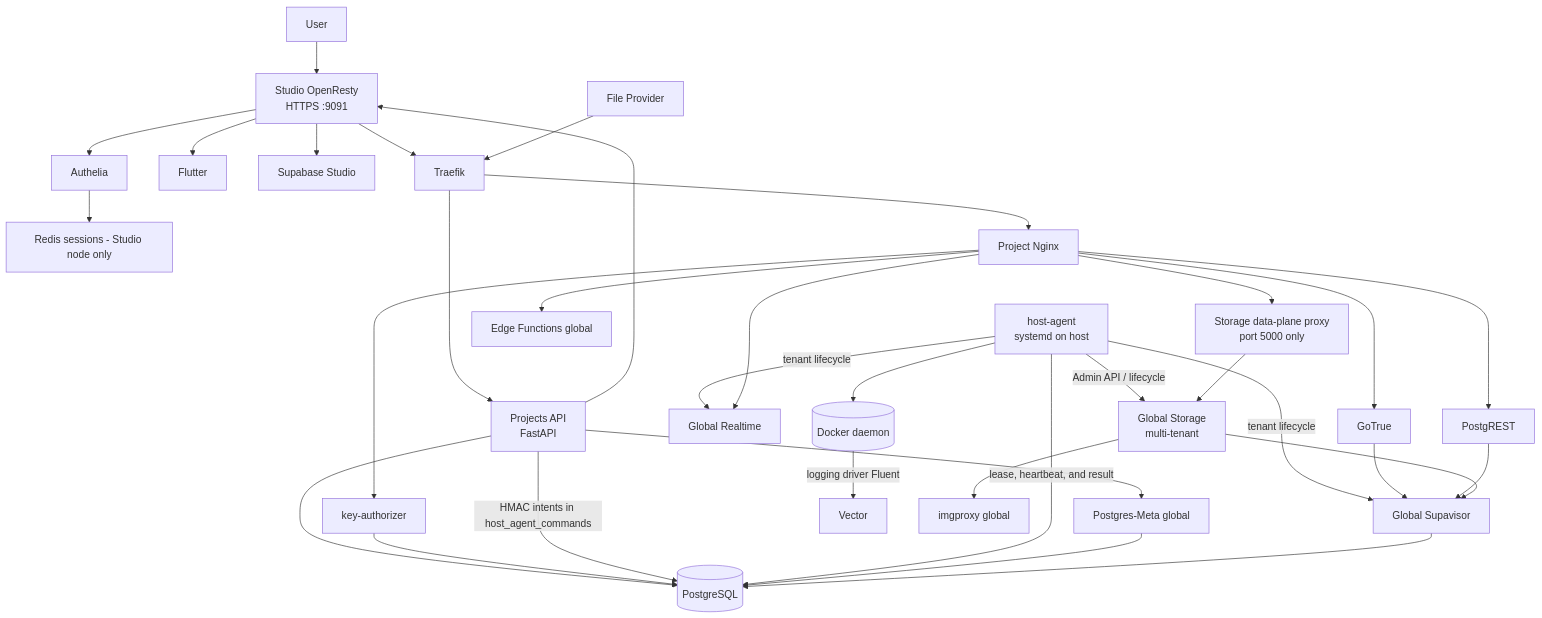
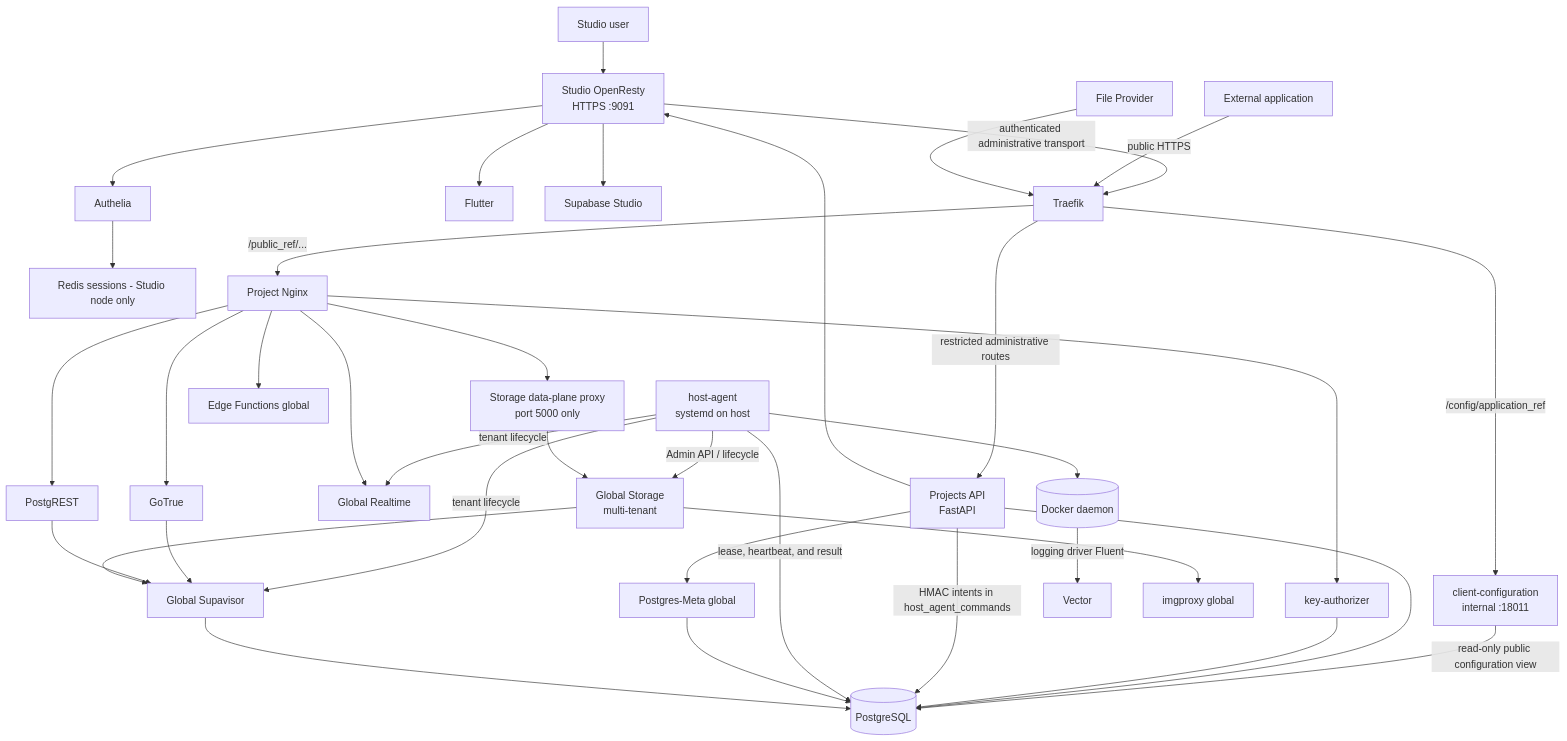
The diagram in docs/00-architecture.md (GustavoMartins123/supabase-multitenant), drawn with Mermaid before and after one commit. The commit also changed other lines of this file and 9 other files, not shown here.

First line of the commit message:
docs: update architecture and API key documentation with client configuration details

````diff
--- a/docs/00-architecture.md
+++ b/docs/00-architecture.md
@@ -15,44 +15,47 @@
 ```mermaid
 flowchart TB
-    User[User] --> StudioGateway[Studio OpenResty\nHTTPS :9091]
+    StudioUser[Studio user] --> StudioGateway[Studio OpenResty\nHTTPS :9091]
     StudioGateway --> Authelia[Authelia]
     Authelia --> Sessions[Redis sessions - Studio node only]
     StudioGateway --> Selector[Flutter]
     StudioGateway --> Studio[Supabase Studio]
 
-    StudioGateway --> Traefik[Traefik]
-    Traefik --> ProjectsAPI[Projects API\nFastAPI]
-    Traefik --> ProjectNginx[Project Nginx]
+    StudioGateway -->|authenticated administrative transport| Traefik[Traefik]
+    ExternalApp[External application] -->|public HTTPS| Traefik
+    Traefik -->|restricted administrative routes| ProjectsAPI[Projects API\nFastAPI]
+    Traefik -->|/config/application_ref| ClientConfiguration[client-configuration\ninternal :18011]
+    ClientConfiguration -->|read-only public configuration view| PostgreSQL
+    Traefik -->|/public_ref/...| ProjectNginx[Project Nginx]
 
     ProjectsAPI --> PostgreSQL[(PostgreSQL)]
     ProjectNginx --> KeyAuthorizer[key-authorizer]
     KeyAuthorizer --> PostgreSQL
 
     ProjectsAPI -->|HMAC intents in host_agent_commands| PostgreSQL
     HostAgent[host-agent\nsystemd on host] -->|lease, heartbeat, and result| PostgreSQL
     HostAgent --> Docker[(Docker daemon)]
 
     HostAgent -->|tenant lifecycle| Realtime[Global Realtime]
     HostAgent -->|tenant lifecycle| Supavisor[Global Supavisor]
     HostAgent -->|Admin API / lifecycle| Storage[Global Storage\nmulti-tenant]
 
     ProjectsAPI --> PostgresMeta[Postgres-Meta global]
     ProjectsAPI --> StudioGateway
     PostgresMeta --> PostgreSQL
 
     DynamicConfig[File Provider] --> Traefik
     Docker -->|logging driver Fluent| Vector[Vector]
 
     ProjectNginx --> Auth[GoTrue]
     ProjectNginx --> Rest[PostgREST]
     ProjectNginx --> StorageDataPlane[Storage data-plane proxy\nport 5000 only]
     StorageDataPlane --> Storage
     Storage --> ImgProxy[imgproxy global]
     ProjectNginx --> Functions[Edge Functions global]
     ProjectNginx --> Realtime
 
     Auth --> Supavisor
     Rest --> Supavisor
     Storage --> Supavisor
     Supavisor --> PostgreSQL
 ```
````
